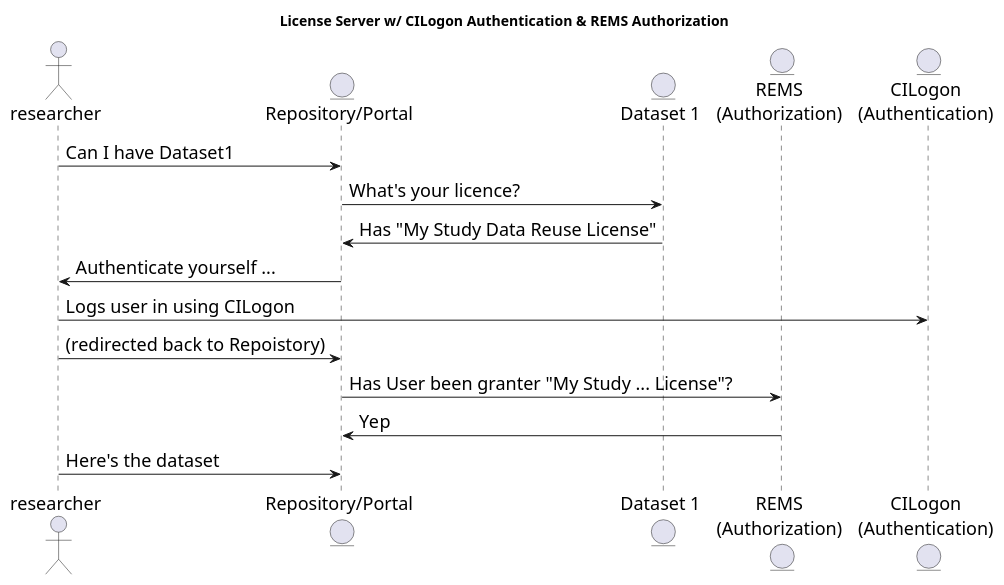
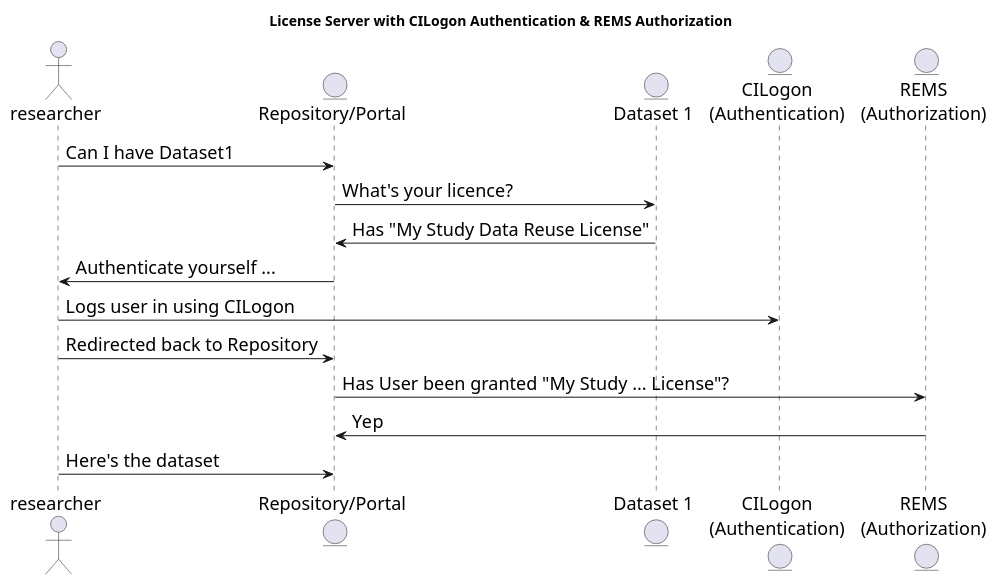
The diagram in ldaca/ci-logon-and-rems-auth-interaction.puml (Language-Research-Technology/plantuml-diagrams), drawn with PlantUML before and after one commit. The commit also changed 3 other files, not shown here.

Commit message:
diagram changes for lrec paper

```diff
--- a/ldaca/ci-logon-and-rems-auth-interaction.puml
+++ b/ldaca/ci-logon-and-rems-auth-interaction.puml
@@ -2,23 +2,21 @@
 @startuml
 skinparam defaultFontSize 18
 
-title: License Server w/ CILogon Authentication & REMS Authorization
-actor       researcher     as res
-entity    "Repository/Portal"   as rep
-entity "Dataset 1" as c
+title: License Server with CILogon Authentication & REMS Authorization
+actor   researcher  as res
+entity  "Repository/Portal" as rep
+entity  "Dataset 1" as c
+entity  "CILogon\n(Authentication)" as cl
+entity  "REMS\n(Authorization)" as gls
 
-entity    "REMS\n(Authorization)"    as gls
-entity    "CILogon\n(Authentication)"    as cl
 res -> rep : Can I have Dataset1
 rep -> c : What's your licence?
 c -> rep : Has "My Study Data Reuse License" 
 rep -> res : Authenticate yourself ...
 res -> cl : Logs user in using CILogon
-res -> rep : (redirected back to Repoistory) 
-
-
-rep ->  gls : Has User been granter "My Study ... License"?
+res -> rep : Redirected back to Repository
+rep ->  gls : Has User been granted "My Study ... License"?
 gls -> rep : Yep
 res -> rep : Here's the dataset
 
 @enduml
```
